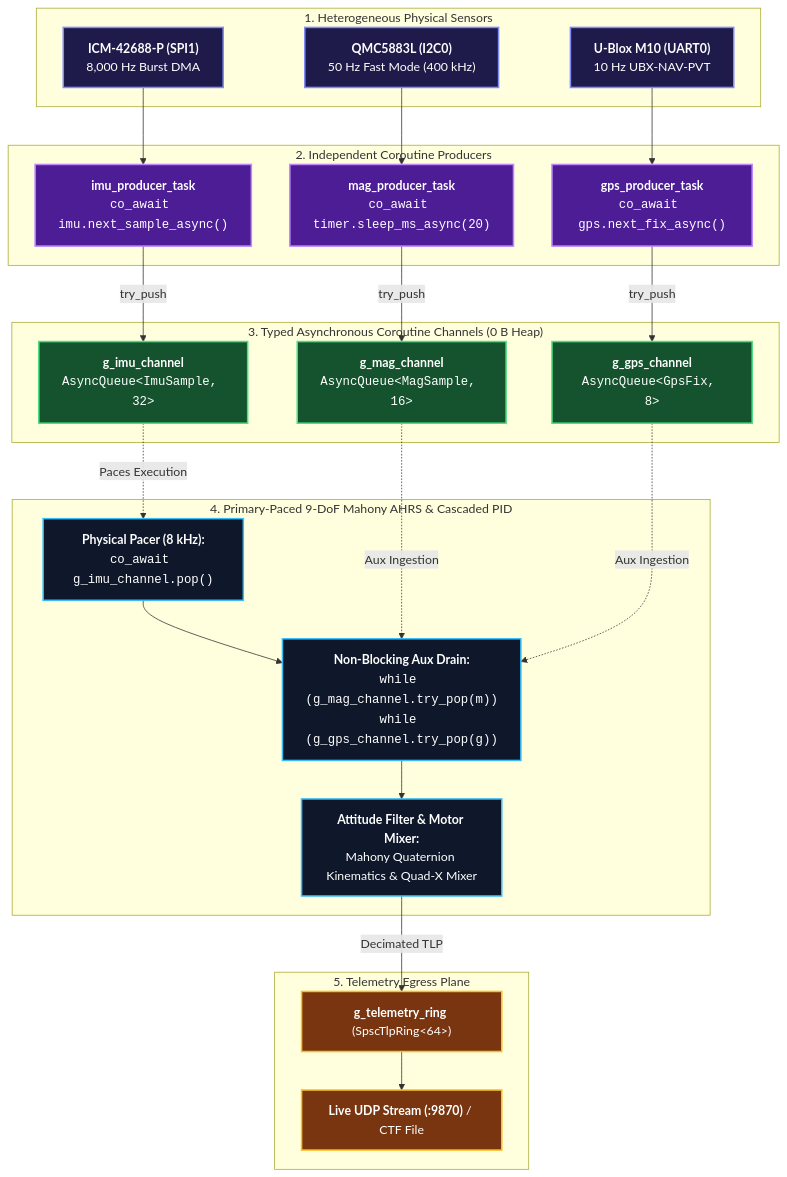
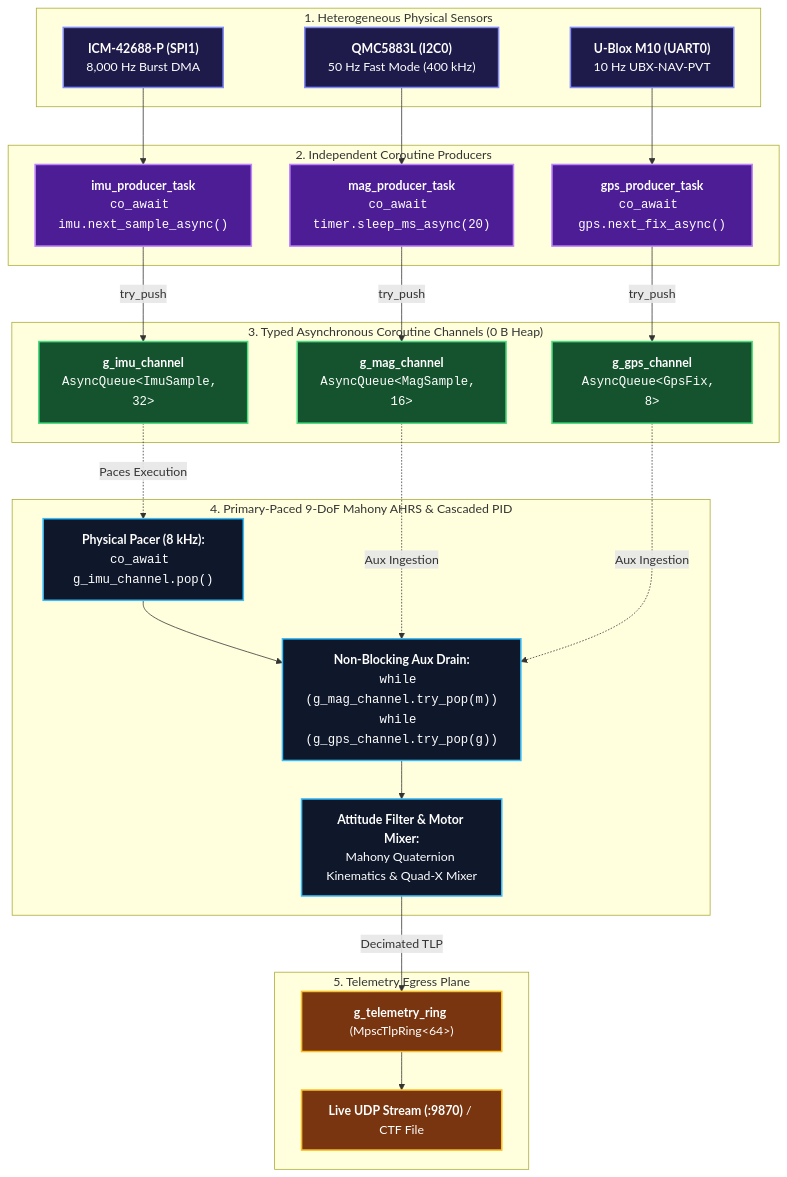
The diagram in apps/gps_imu_app/SPECIFICATION.md (tcmichals/AbstractX), drawn with Mermaid before and after one commit. The commit also changed other lines of this file and 14 other files, not shown here.

First line of the commit message:
hal: migrate multi-producer queues to MpscTlpRing and add queue-concurrency skill

````diff
--- a/apps/gps_imu_app/SPECIFICATION.md
+++ b/apps/gps_imu_app/SPECIFICATION.md
@@ -15,55 +15,55 @@
 ```mermaid
 flowchart TD
     subgraph HW_LAYER["1. Heterogeneous Physical Sensors"]
         SPI_HW["<b>ICM-42688-P (SPI1)</b><br/>8,000 Hz Burst DMA"]
         I2C_HW["<b>QMC5883L (I2C0)</b><br/>50 Hz Fast Mode (400 kHz)"]
         UART_HW["<b>U-Blox M10 (UART0)</b><br/>10 Hz UBX-NAV-PVT"]
     end
 
     subgraph PRODUCER_LAYER["2. Independent Coroutine Producers"]
         P_IMU["<b>imu_producer_task</b><br/><code>co_await imu.next_sample_async()</code>"]
         P_MAG["<b>mag_producer_task</b><br/><code>co_await timer.sleep_ms_async(20)</code>"]
         P_GPS["<b>gps_producer_task</b><br/><code>co_await gps.next_fix_async()</code>"]
     end
 
     subgraph CHANNEL_LAYER["3. Typed Asynchronous Coroutine Channels (0 B Heap)"]
         Q_IMU["<b>g_imu_channel</b><br/><code>AsyncQueue&lt;ImuSample, 32&gt;</code>"]
         Q_MAG["<b>g_mag_channel</b><br/><code>AsyncQueue&lt;MagSample, 16&gt;</code>"]
         Q_GPS["<b>g_gps_channel</b><br/><code>AsyncQueue&lt;GpsFix, 8&gt;</code>"]
     end
 
     subgraph FUSION_LAYER["4. Primary-Paced 9-DoF Mahony AHRS & Cascaded PID"]
         F_PACE["<b>Physical Pacer (8 kHz):</b><br/><code>co_await g_imu_channel.pop()</code>"]
         F_DRAIN["<b>Non-Blocking Aux Drain:</b><br/><code>while (g_mag_channel.try_pop(m))</code><br/><code>while (g_gps_channel.try_pop(g))</code>"]
         F_AHRS["<b>Attitude Filter & Motor Mixer:</b><br/>Mahony Quaternion Kinematics & Quad-X Mixer"]
         F_PACE --> F_DRAIN --> F_AHRS
     end
 
     subgraph EGRESS_LAYER["5. Telemetry Egress Plane"]
-        RING["<b>g_telemetry_ring</b> (SpscTlpRing&lt;64&gt;)"]
+        RING["<b>g_telemetry_ring</b> (MpscTlpRing&lt;64&gt;)"]
         NET["<b>Live UDP Stream (:9870)</b> / CTF File"]
         RING --> NET
     end
 
     SPI_HW --> P_IMU -->|try_push| Q_IMU
     I2C_HW --> P_MAG -->|try_push| Q_MAG
     UART_HW --> P_GPS -->|try_push| Q_GPS
 
     Q_IMU -.->|Paces Execution| F_PACE
     Q_MAG -.->|Aux Ingestion| F_DRAIN
     Q_GPS -.->|Aux Ingestion| F_DRAIN
 
     F_AHRS -->|Decimated TLP| RING
 
     classDef hwStyle fill:#1e1b4b,stroke:#818cf8,stroke-width:2px,color:#ffffff;
     classDef prodStyle fill:#4c1d95,stroke:#c084fc,stroke-width:2px,color:#ffffff;
     classDef chanStyle fill:#14532d,stroke:#4ade80,stroke-width:2px,color:#ffffff;
     classDef fuseStyle fill:#0f172a,stroke:#38bdf8,stroke-width:2px,color:#ffffff;
     classDef egStyle fill:#78350f,stroke:#fbbf24,stroke-width:2px,color:#ffffff;
 
     class SPI_HW,I2C_HW,UART_HW hwStyle;
     class P_IMU,P_MAG,P_GPS prodStyle;
     class Q_IMU,Q_MAG,Q_GPS chanStyle;
     class F_PACE,F_DRAIN,F_MATH,F_AHRS fuseStyle;
     class RING,NET egStyle;
 ```
````
